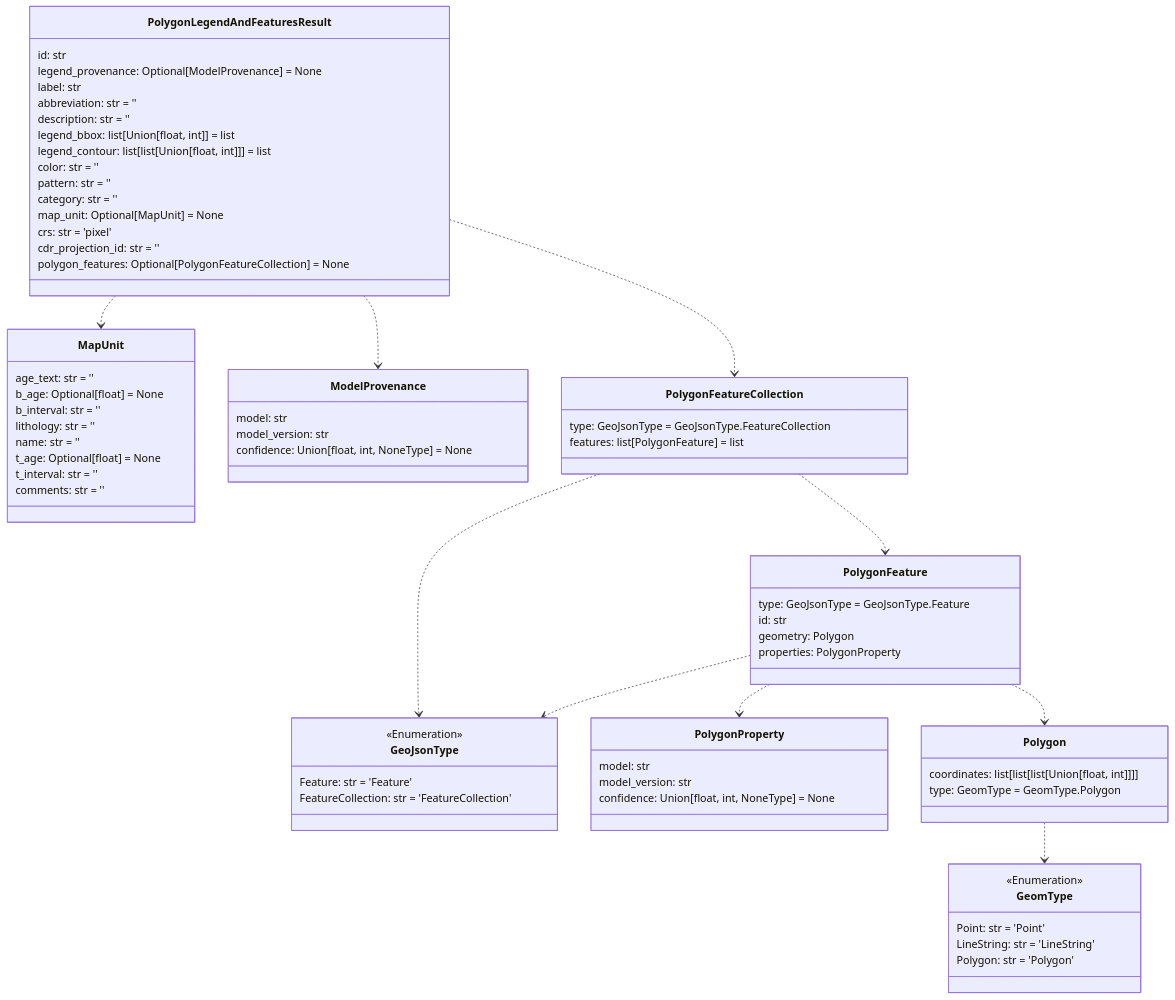
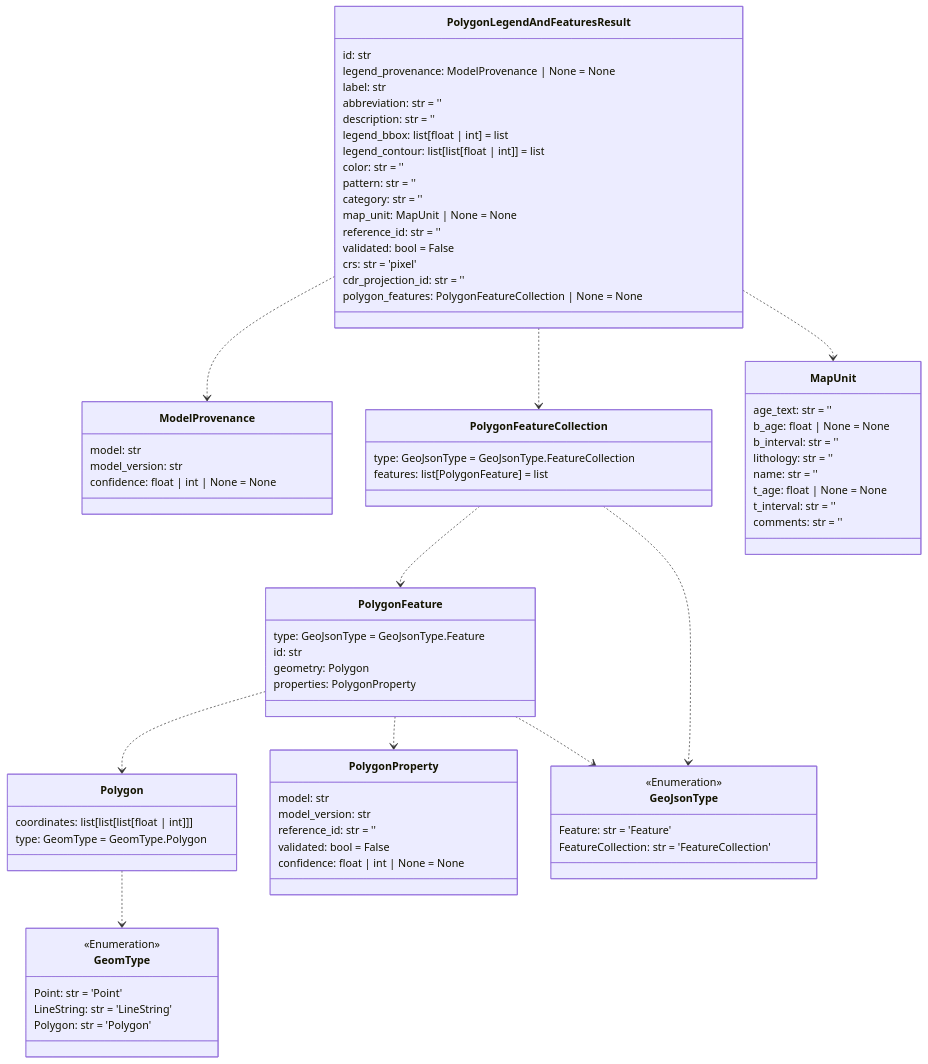
One commit to DARPA-CRITICALMAAS/cdr_schemas changed the seventh of 12 diagrams in README.md. Above: the diagram before and after it, drawn with Mermaid. The commit also changed other lines of this file, not shown here.

Commit message:
Update README with new ERD

````diff
--- a/README.md
+++ b/README.md
@@ -520,38 +541,65 @@
 ```mermaid
 classDiagram
 
+    class PolygonLegendAndFeaturesResult {
+        id: str
+        legend_provenance: ModelProvenance | None = None
+        label: str
+        abbreviation: str = ''
+        description: str = ''
+        legend_bbox: list[float | int] = list
+        legend_contour: list[list[float | int]] = list
+        color: str = ''
+        pattern: str = ''
+        category: str = ''
+        map_unit: MapUnit | None = None
+        reference_id: str = ''
+        validated: bool = False
+        crs: str = 'pixel'
+        cdr_projection_id: str = ''
+        polygon_features: PolygonFeatureCollection | None = None
+    }
+
+    class ModelProvenance {
+        model: str
+        model_version: str
+        confidence: float | int | None = None
+    }
+
+    class Polygon {
+        coordinates: list[list[list[float | int]]]
+        type: GeomType = GeomType.Polygon
+    }
+
+    class PolygonFeature {
+        type: GeoJsonType = GeoJsonType.Feature
+        id: str
+        geometry: Polygon
+        properties: PolygonProperty
+    }
+
+    class PolygonFeatureCollection {
+        type: GeoJsonType = GeoJsonType.FeatureCollection
+        features: list[PolygonFeature] = list
+    }
+
+    class PolygonProperty {
+        model: str
+        model_version: str
+        reference_id: str = ''
+        validated: bool = False
+        confidence: float | int | None = None
+    }
+
     class MapUnit {
         age_text: str = ''
-        b_age: Optional[float] = None
+        b_age: float | None = None
         b_interval: str = ''
         lithology: str = ''
         name: str = ''
-        t_age: Optional[float] = None
+        t_age: float | None = None
         t_interval: str = ''
         comments: str = ''
-    }
-
-    class PolygonLegendAndFeaturesResult {
-        id: str
-        legend_provenance: Optional[ModelProvenance] = None
-        label: str
-        abbreviation: str = ''
-        description: str = ''
-        legend_bbox: list[Union[float, int]] = list
-        legend_contour: list[list[Union[float, int]]] = list
-        color: str = ''
-        pattern: str = ''
-        category: str = ''
-        map_unit: Optional[MapUnit] = None
-        crs: str = 'pixel'
-        cdr_projection_id: str = ''
-        polygon_features: Optional[PolygonFeatureCollection] = None
-    }
-
-    class GeoJsonType {
-        <<Enumeration>>
-        Feature: str = 'Feature'
-        FeatureCollection: str = 'FeatureCollection'
     }
 
     class GeomType {
@@ -561,44 +609,21 @@
         Polygon: str = 'Polygon'
     }
 
-    class ModelProvenance {
-        model: str
-        model_version: str
-        confidence: Union[float, int, NoneType] = None
-    }
-
-    class PolygonProperty {
-        model: str
-        model_version: str
-        confidence: Union[float, int, NoneType] = None
-    }
-
-    class Polygon {
-        coordinates: list[list[list[Union[float, int]]]]
-        type: GeomType = GeomType.Polygon
-    }
-
-    class PolygonFeatureCollection {
-        type: GeoJsonType = GeoJsonType.FeatureCollection
-        features: list[PolygonFeature] = list
-    }
-
-    class PolygonFeature {
-        type: GeoJsonType = GeoJsonType.Feature
-        id: str
-        geometry: Polygon
-        properties: PolygonProperty
+    class GeoJsonType {
+        <<Enumeration>>
+        Feature: str = 'Feature'
+        FeatureCollection: str = 'FeatureCollection'
     }
 
     Polygon ..> GeomType
+    PolygonFeature ..> PolygonProperty
     PolygonFeature ..> Polygon
     PolygonFeature ..> GeoJsonType
-    PolygonFeature ..> PolygonProperty
+    PolygonFeatureCollection ..> PolygonFeature
     PolygonFeatureCollection ..> GeoJsonType
-    PolygonFeatureCollection ..> PolygonFeature
+    PolygonLegendAndFeaturesResult ..> ModelProvenance
+    PolygonLegendAndFeaturesResult ..> MapUnit
     PolygonLegendAndFeaturesResult ..> PolygonFeatureCollection
-    PolygonLegendAndFeaturesResult ..> MapUnit
-    PolygonLegendAndFeaturesResult ..> ModelProvenance
 
 
 ```
````
